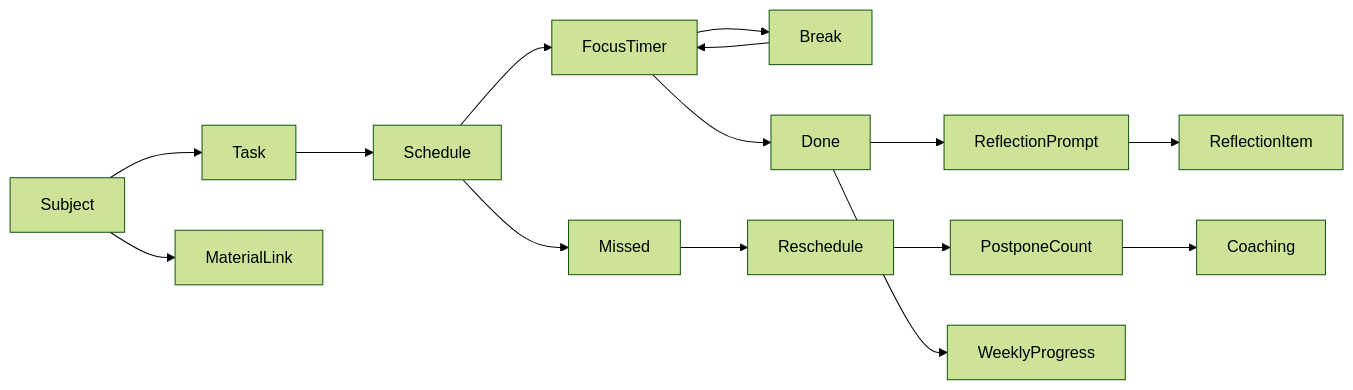
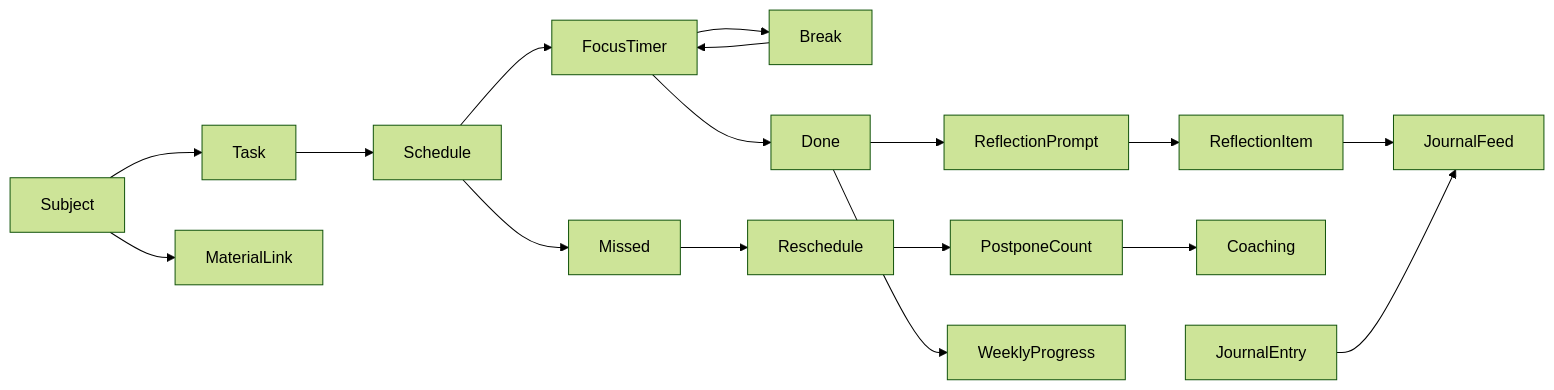
Before and after one commit to LJBYTES-cloud/yotei: the first of 2 diagrams in docs/PROJECT_CONTEXT.md, drawn with Mermaid (forest theme). The commit also changed other lines of this file and 69 other files, not shown here.

````diff
--- a/docs/PROJECT_CONTEXT.md
+++ b/docs/PROJECT_CONTEXT.md
@@ -9,9 +9,11 @@
 ```mermaid
 flowchart LR
   Subject --> Task --> Schedule --> FocusTimer
   FocusTimer --> Break --> FocusTimer
   FocusTimer --> Done --> ReflectionPrompt --> ReflectionItem
   Schedule --> Missed --> Reschedule --> PostponeCount --> Coaching
   Subject --> MaterialLink
   Done --> WeeklyProgress
+  ReflectionItem --> JournalFeed
+  JournalEntry --> JournalFeed
 ```
````
